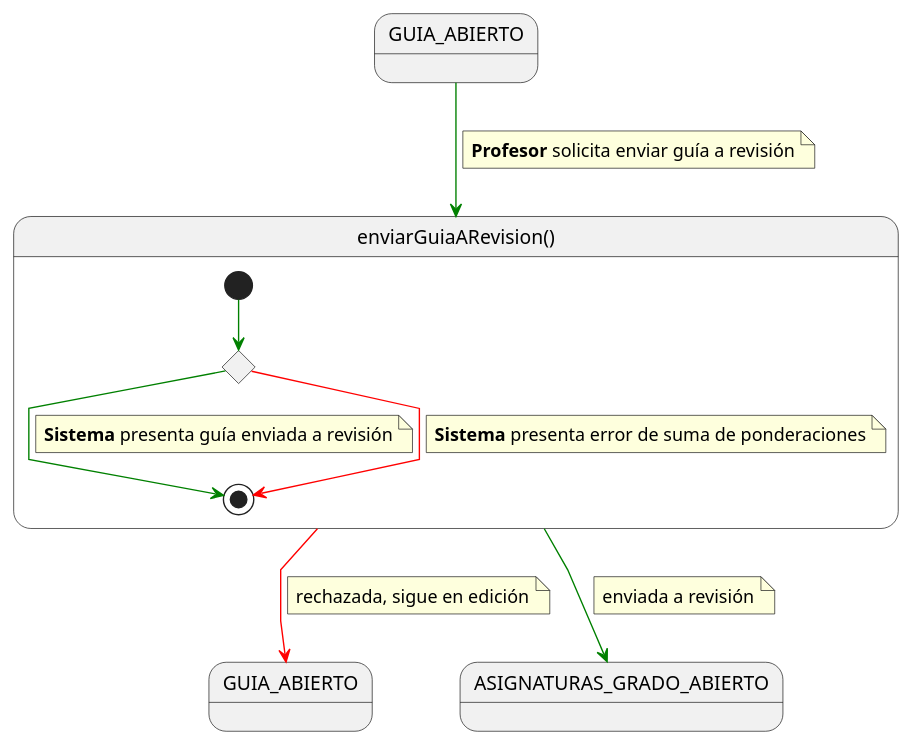
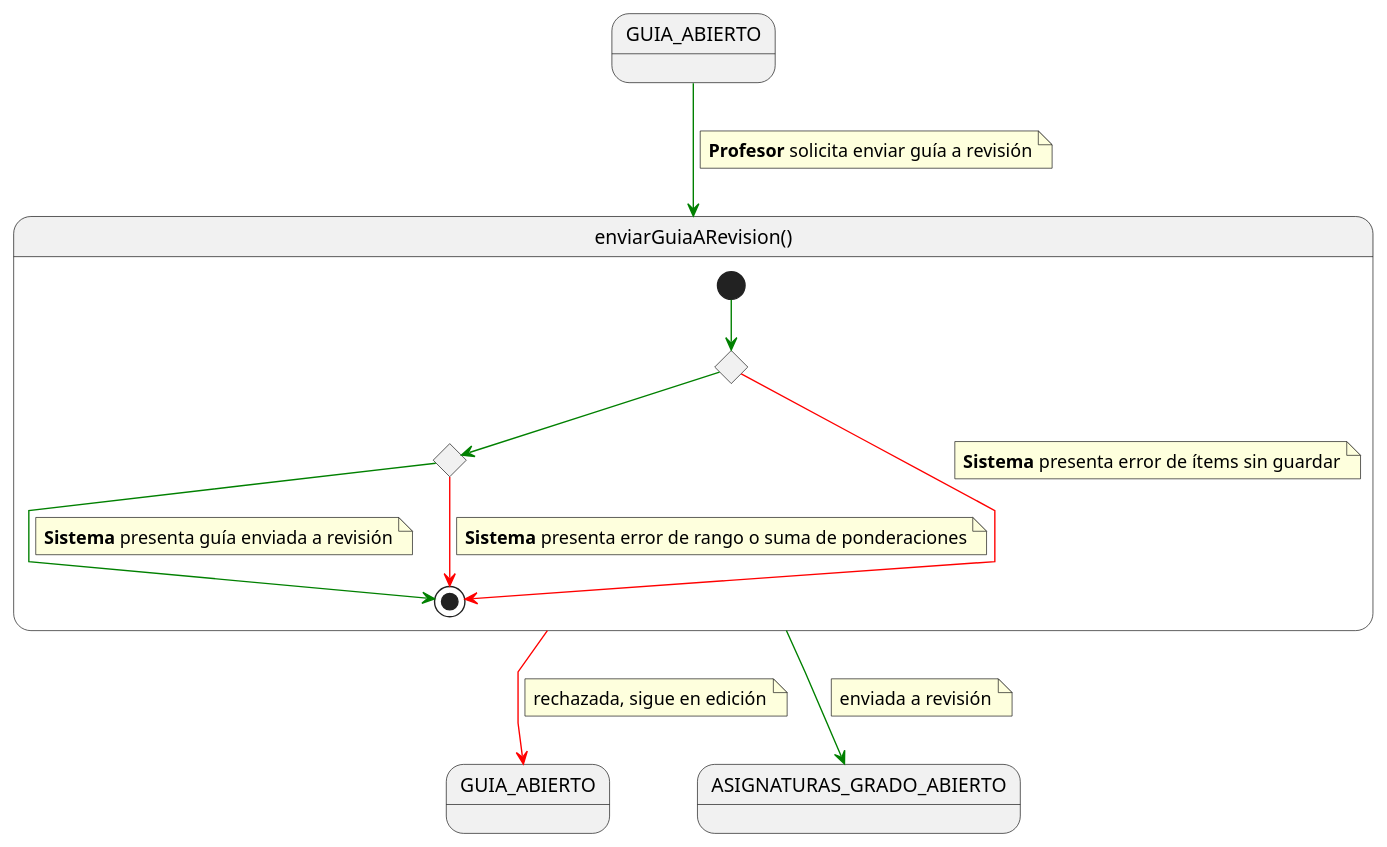
Before and after one commit to mmasias/pyCeldaPublico: the diagram in RUP/01-requisitos/03-detalle-casos-uso/enviarGuiaARevision/especificacion.puml, drawn with PlantUML. The commit also changed 14 other files, not shown here.

```diff
--- a/RUP/01-requisitos/03-detalle-casos-uso/enviarGuiaARevision/especificacion.puml
+++ b/RUP/01-requisitos/03-detalle-casos-uso/enviarGuiaARevision/especificacion.puml
@@ -1,41 +1,49 @@
 @startuml enviarGuiaARevision
 
 skinparam linetype polyline
 
 state GUIA_ABIERTO
 state GUIA_ABIERTO_SALIDA as "GUIA_ABIERTO"
 state ASIGNATURAS_GRADO_ABIERTOS_SALIDA as "ASIGNATURAS_GRADO_ABIERTO"
 
 GUIA_ABIERTO -[#green]-> enviarGuiaARevision
 note on link
 <b>Profesor</b> solicita enviar guía a revisión
 end note
 
 state enviarGuiaARevision as "enviarGuiaARevision()" {
 
-    state c <<choice>>
+    state c1 <<choice>>
+    state c2 <<choice>>
 
-    [*] -[#green]-> c
+    [*] -[#green]-> c1
 
-    c -[#green]-> [*]
+    c1 -[#red]-> [*]
+    note on link
+    <b>Sistema</b> presenta error de ítems sin guardar
+    end note
+
+    c1 -[#green]-> c2
+
+    c2 -[#green]-> [*]
     note on link
     <b>Sistema</b> presenta guía enviada a revisión
     end note
 
-    c -[#red]-> [*]
+    c2 -[#red]-> [*]
     note on link
-    <b>Sistema</b> presenta error de suma de ponderaciones
+    <b>Sistema</b> presenta error de rango o suma de ponderaciones
     end note
 }
 
 enviarGuiaARevision -[#green]-> ASIGNATURAS_GRADO_ABIERTOS_SALIDA
 note on link
 enviada a revisión
 end note
 
 enviarGuiaARevision -[#red]-> GUIA_ABIERTO_SALIDA
 note on link
 rechazada, sigue en edición
 end note
 
 @enduml
```
